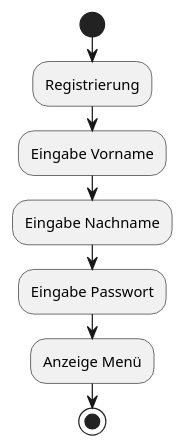
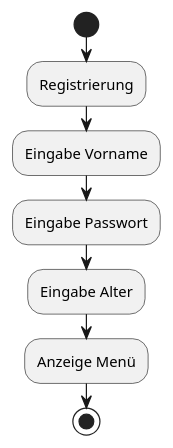
The diagram in Docs/Pflichtenheft/Diagramme/AktivitaetsdiagrammRegistrierung.iuml (HEBK-BGM/Verwaltungssoftware_Team_3_TestGIt), drawn with PlantUML before and after one commit.

Commit message:
Änderung Diagramm

```diff
--- a/Docs/Pflichtenheft/Diagramme/AktivitaetsdiagrammRegistrierung.iuml
+++ b/Docs/Pflichtenheft/Diagramme/AktivitaetsdiagrammRegistrierung.iuml
@@ -1,9 +1,9 @@
 @startuml
 start
 :Registrierung;
 :Eingabe Vorname;
-:Eingabe Nachname;
 :Eingabe Passwort;
+:Eingabe Alter;
 :Anzeige Menü;
 stop
 @enduml
```
